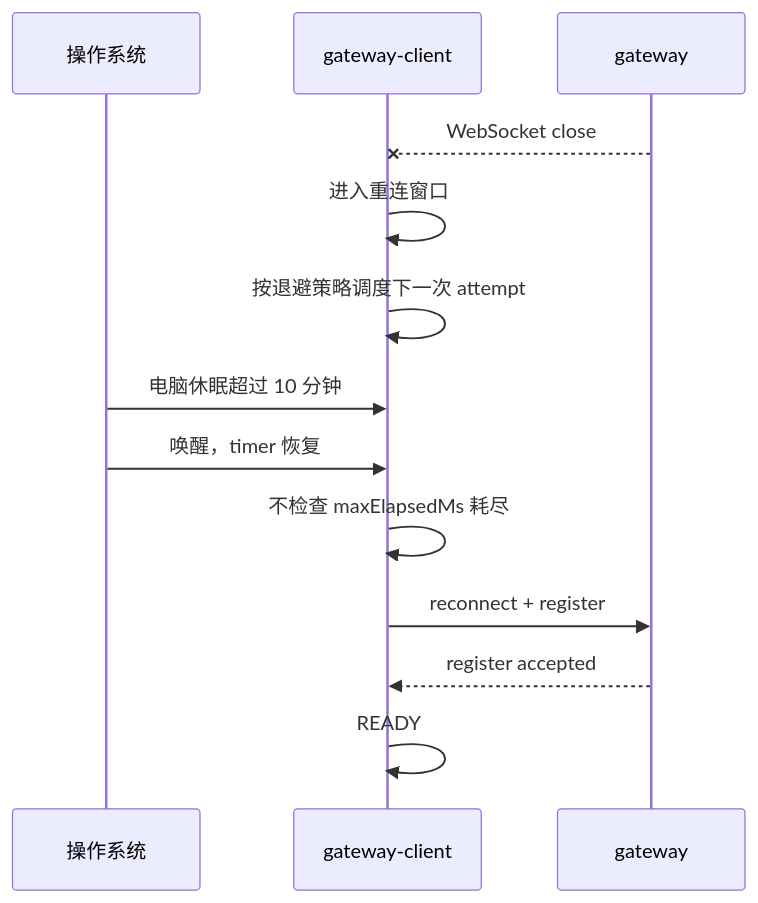
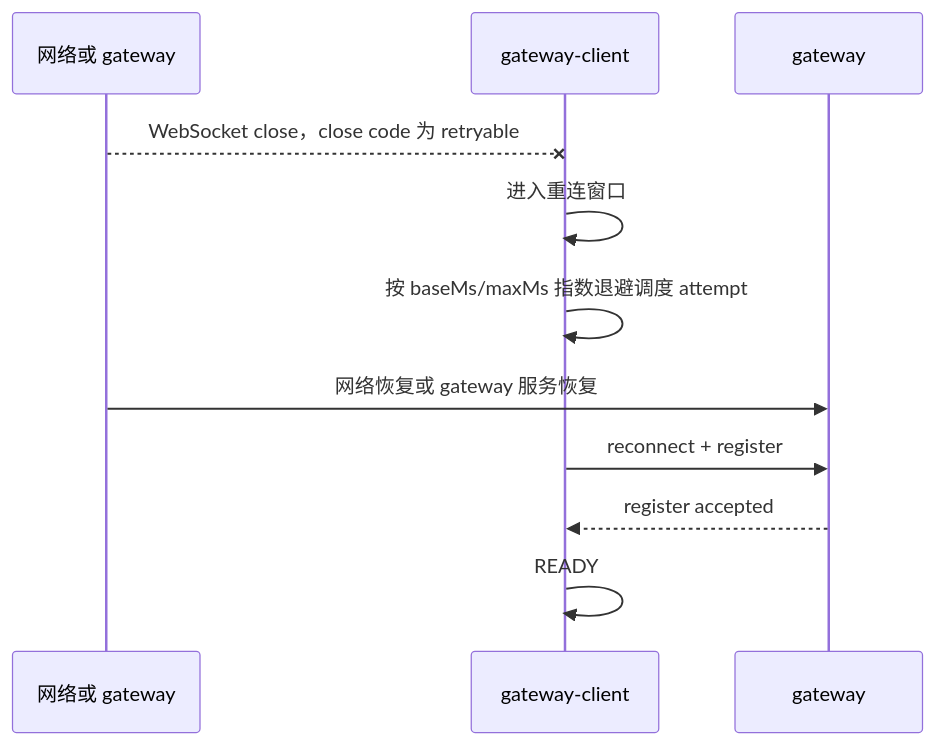
The fourth of 5 diagrams in docs/design/sdk-gateway-reconnect-solution.md (yuzhangCZ/agent-plugin), drawn with Mermaid before and after one commit. The commit also changed other lines of this file, not shown here.

Commit message:
docs: refine gateway reconnect window recovery plan

````diff
--- a/docs/design/sdk-gateway-reconnect-solution.md
+++ b/docs/design/sdk-gateway-reconnect-solution.md
@@ -121,16 +125,14 @@
 ```mermaid
 sequenceDiagram
-    participant OS as 操作系统
+    participant Env as 网络或 gateway
     participant SDK as gateway-client
     participant Gateway as gateway
 
-    Gateway--xSDK: WebSocket close
+    Env--xSDK: WebSocket close，close code 为 retryable
     SDK->>SDK: 进入重连窗口
-    SDK->>SDK: 按退避策略调度下一次 attempt
-    OS->>SDK: 电脑休眠超过 10 分钟
-    OS->>SDK: 唤醒，timer 恢复
-    SDK->>SDK: 不检查 maxElapsedMs 耗尽
+    SDK->>SDK: 按 baseMs/maxMs 指数退避调度 attempt
+    Env->>Gateway: 网络恢复或 gateway 服务恢复
     SDK->>Gateway: reconnect + register
     Gateway-->>SDK: register accepted
     SDK->>SDK: READY
 ```
````
